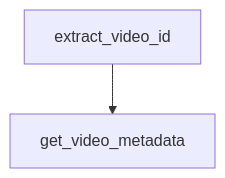
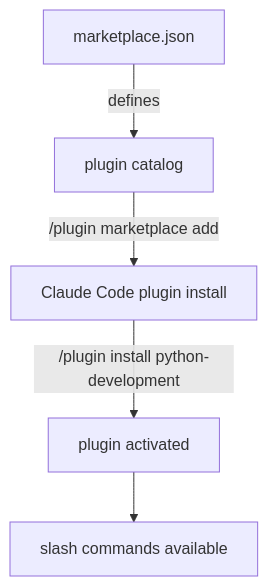
Before and after one commit to johnxie/awesome-code-docs: the diagram in tutorials/wshobson-agents-tutorial/01-getting-started.md, drawn with Mermaid. The commit also changed other lines of this file and 1232 other files, not shown here.

````diff
--- a/tutorials/wshobson-agents-tutorial/01-getting-started.md
+++ b/tutorials/wshobson-agents-tutorial/01-getting-started.md
@@ -149,6 +74,7 @@
 ```mermaid
 flowchart TD
-    A[extract_video_id]
-    B[get_video_metadata]
-    A --> B
+    A[marketplace.json] -->|defines| B[plugin catalog]
+    B -->|/plugin marketplace add| C[Claude Code plugin install]
+    C -->|/plugin install python-development| D[plugin activated]
+    D --> E[slash commands available]
 ```
````
